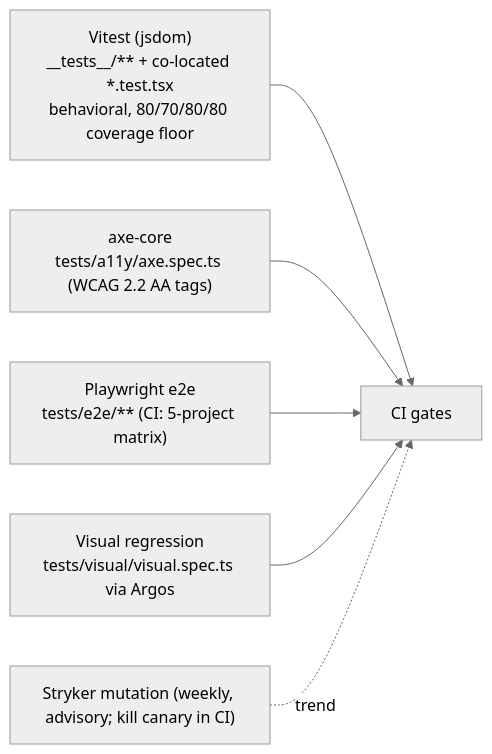
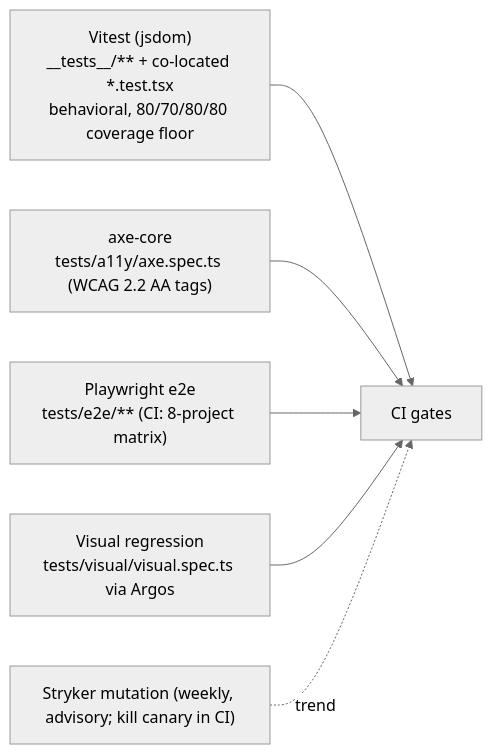
One commit to erikunha/portfolio changed the first of 2 diagrams in docs/07-workflows.md. Above: the diagram before and after it, drawn with Mermaid (neutral theme). The commit also changed other lines of this file and 1 other file, not shown here.

Commit message:
test(ci): assert each e2e matrix project runs exactly one test step
The e2e-functional job splits tests into two steps gated by complementary
conditions on matrix.project. A dropped or inverted condition runs a
project's tests twice or never, and the existing test only checked the
matrix list. Also corrects the Mermaid diagrams in docs/07-workflows.md
from 5-project to 8-project matrix.

````diff
--- a/docs/07-workflows.md
+++ b/docs/07-workflows.md
@@ -56,9 +56,9 @@
 ```mermaid
 flowchart LR
     unit["Vitest (jsdom)<br/>__tests__/** + co-located *.test.tsx<br/>behavioral, 80/70/80/80 coverage floor"] --> ci
     a11y["axe-core<br/>tests/a11y/axe.spec.ts (WCAG 2.2 AA tags)"] --> ci
-    e2e["Playwright e2e<br/>tests/e2e/** (CI: 5-project matrix)"] --> ci
+    e2e["Playwright e2e<br/>tests/e2e/** (CI: 8-project matrix)"] --> ci
     visual["Visual regression<br/>tests/visual/visual.spec.ts via Argos"] --> ci
     mut["Stryker mutation (weekly, advisory; kill canary in CI)"] -. trend .-> ci
     ci["CI gates"]
 ```
````
